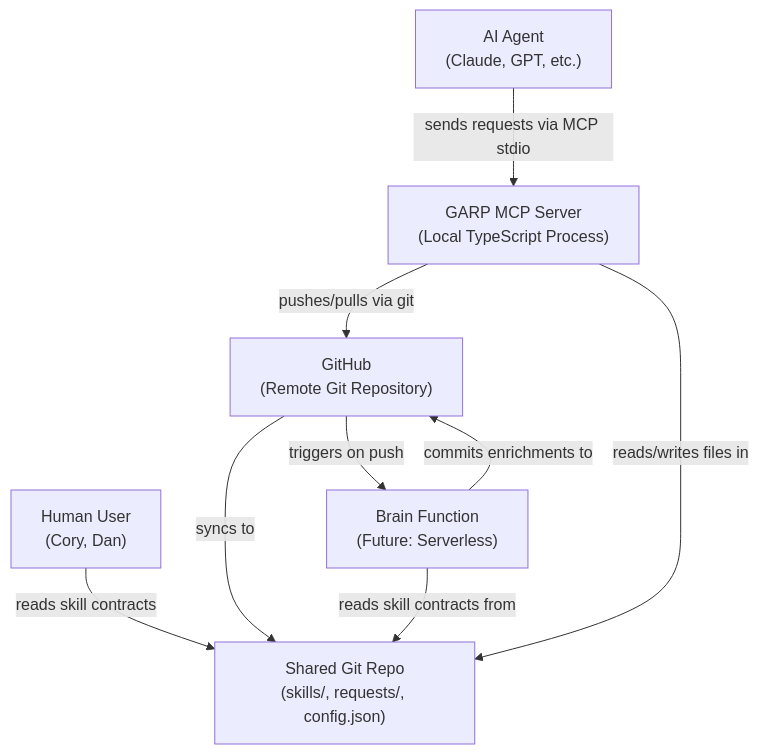
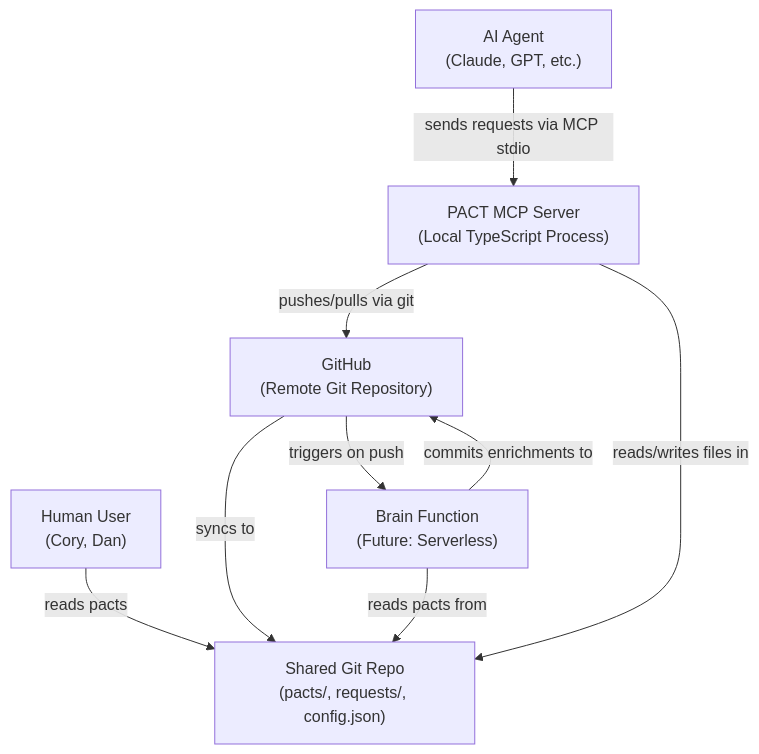
Before and after one commit to snidelycapon/pact: the first of 3 diagrams in docs/feature/collapsed-tools-brain/design/architecture-design.md, drawn with Mermaid. The commit also changed other lines of this file and 242 other files, not shown here.

First line of the commit message:
chore: rename garp to pact across entire codebase

````diff
--- a/docs/feature/collapsed-tools-brain/design/architecture-design.md
+++ b/docs/feature/collapsed-tools-brain/design/architecture-design.md
@@ -133,17 +133,17 @@
 ```mermaid
 graph TB
     Agent["AI Agent<br/>(Claude, GPT, etc.)"]
     Human["Human User<br/>(Cory, Dan)"]
     GitHub["GitHub<br/>(Remote Git Repository)"]
 
-    Agent -->|"sends requests via MCP stdio"| GARP["GARP MCP Server<br/>(Local TypeScript Process)"]
-    Human -->|"reads skill contracts"| SkillRepo["Shared Git Repo<br/>(skills/, requests/, config.json)"]
-    GARP -->|"pushes/pulls via git"| GitHub
-    GitHub -->|"syncs to"| SkillRepo
-    GARP -->|"reads/writes files in"| SkillRepo
+    Agent -->|"sends requests via MCP stdio"| PACT["PACT MCP Server<br/>(Local TypeScript Process)"]
+    Human -->|"reads pacts"| PactRepo["Shared Git Repo<br/>(pacts/, requests/, config.json)"]
+    PACT -->|"pushes/pulls via git"| GitHub
+    GitHub -->|"syncs to"| PactRepo
+    PACT -->|"reads/writes files in"| PactRepo
 
     BrainFn["Brain Function<br/>(Future: Serverless)"]
     GitHub -->|"triggers on push"| BrainFn
-    BrainFn -->|"reads skill contracts from"| SkillRepo
+    BrainFn -->|"reads pacts from"| PactRepo
     BrainFn -->|"commits enrichments to"| GitHub
 ```
````
